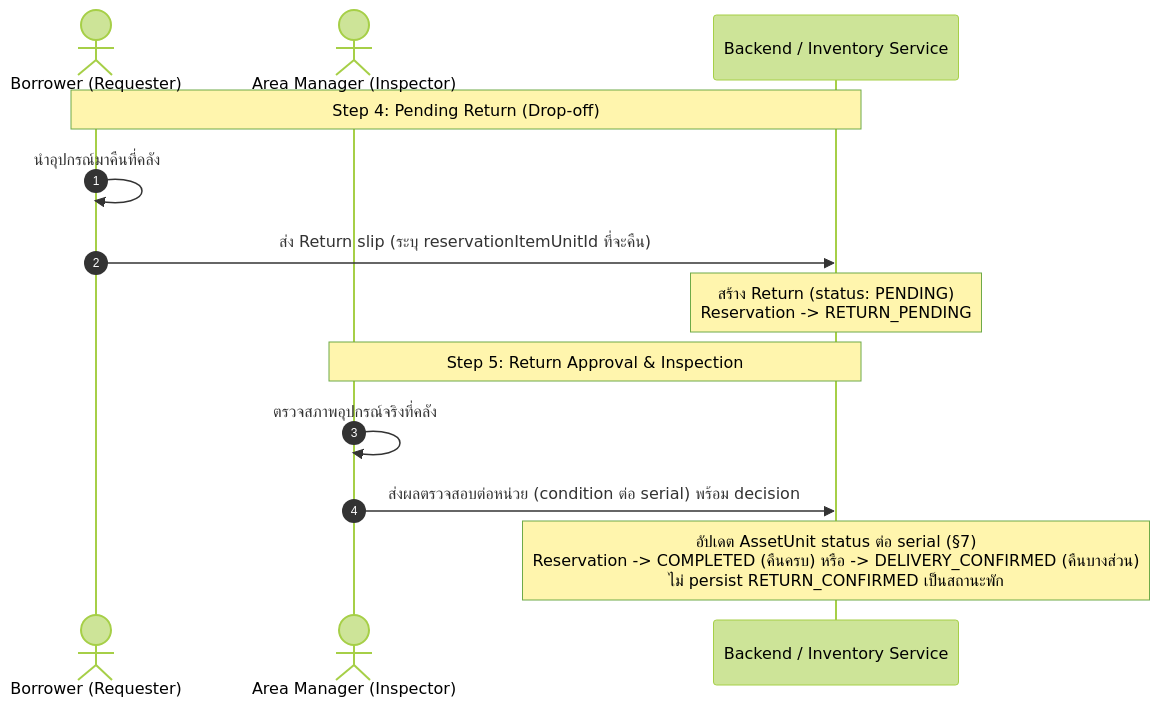
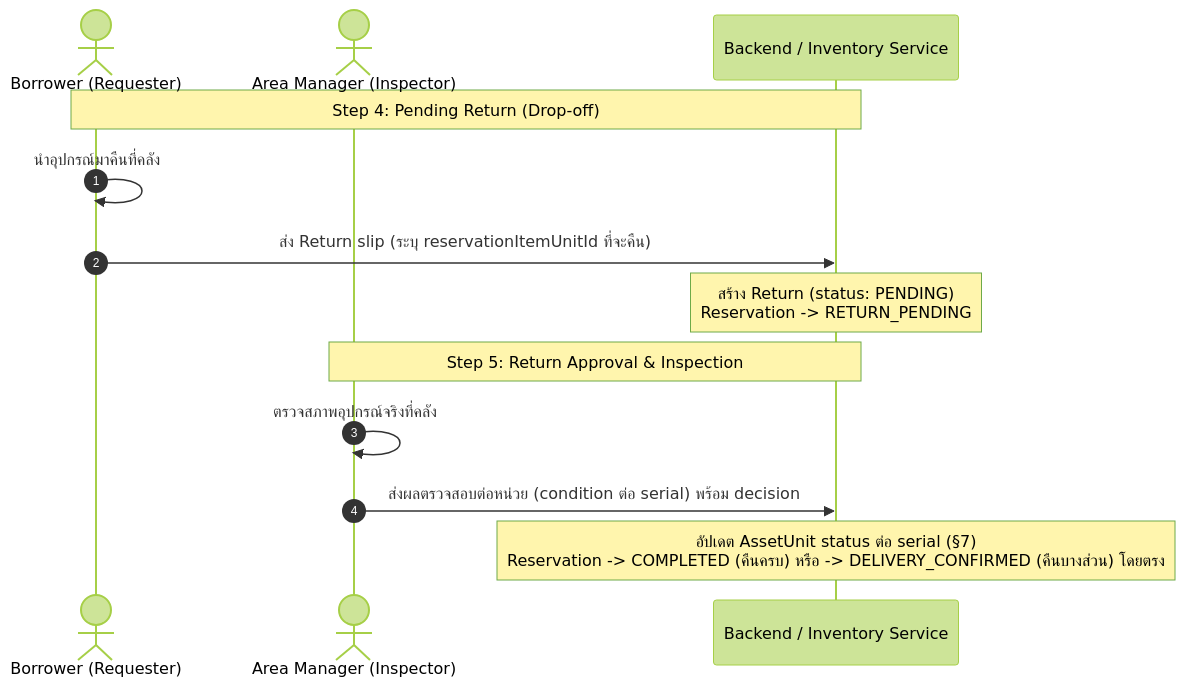
Before and after one commit to Faiisu/asset-reserve: the fifth of 5 diagrams in docs/software_spec/lifecycle-and-state-machines.md, drawn with Mermaid (forest theme). The commit also changed other lines of this file and 41 other files, not shown here.

````diff
--- a/docs/software_spec/lifecycle-and-state-machines.md
+++ b/docs/software_spec/lifecycle-and-state-machines.md
@@ -147,17 +145,17 @@
 ```mermaid
 sequenceDiagram
     autonumber
     actor Borrower as Borrower (Requester)
     actor Manager as Area Manager (Inspector)
     participant System as Backend / Inventory Service
 
     Note over Borrower,System: Step 4: Pending Return (Drop-off)
     Borrower->>Borrower: นำอุปกรณ์มาคืนที่คลัง
     Borrower->>System: ส่ง Return slip (ระบุ reservationItemUnitId ที่จะคืน)
     Note over System: สร้าง Return (status: PENDING)<br/>Reservation -> RETURN_PENDING
 
     Note over Manager,System: Step 5: Return Approval & Inspection
     Manager->>Manager: ตรวจสภาพอุปกรณ์จริงที่คลัง
     Manager->>System: ส่งผลตรวจสอบต่อหน่วย (condition ต่อ serial) พร้อม decision
-    Note over System: อัปเดต AssetUnit status ต่อ serial (§7)<br/>Reservation -> COMPLETED (คืนครบ) หรือ -> DELIVERY_CONFIRMED (คืนบางส่วน)<br/>ไม่ persist RETURN_CONFIRMED เป็นสถานะพัก
+    Note over System: อัปเดต AssetUnit status ต่อ serial (§7)<br/>Reservation -> COMPLETED (คืนครบ) หรือ -> DELIVERY_CONFIRMED (คืนบางส่วน) โดยตรง
 ```
````
